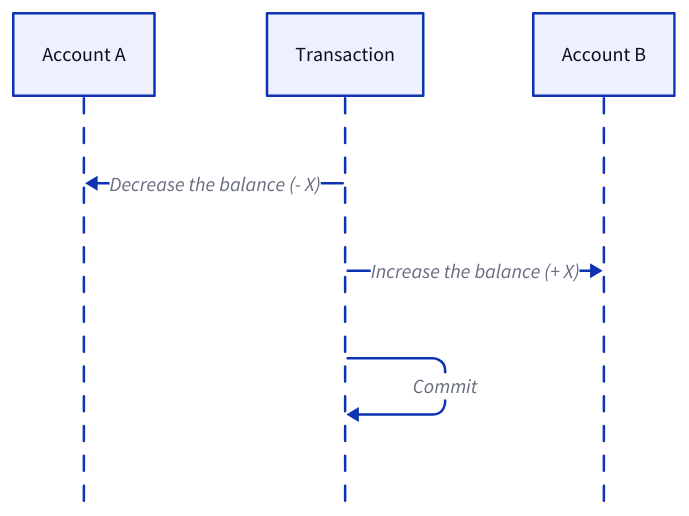
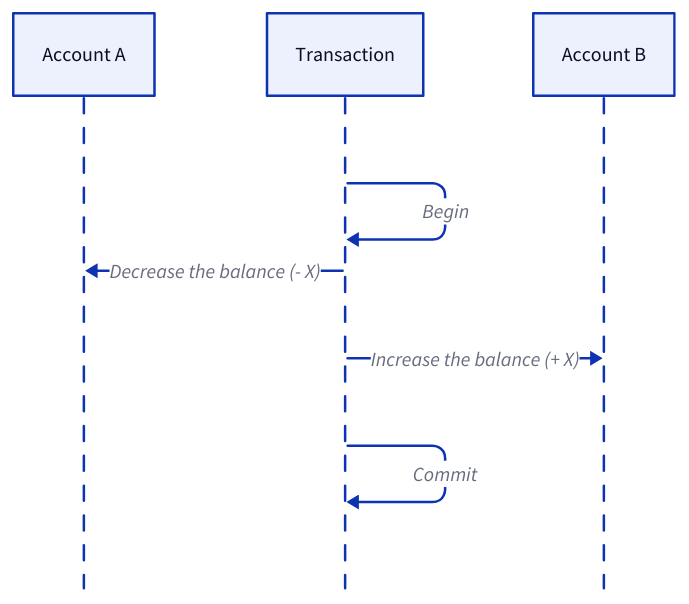
Before and after one commit to link1905/system-design-101: the second of 29 diagrams in content/docs/data-persistence/sql-database/concurrency-control.md, drawn with D2. The commit also changed other lines of this file and 49 other files, not shown here.

````diff
--- a/content/docs/data-persistence/sql-database/concurrency-control.md
+++ b/content/docs/data-persistence/sql-database/concurrency-control.md
@@ -93,11 +94,12 @@
 ```d2
 shape: sequence_diagram
 a: Account A
 t: Transaction
 b: Account B
+t -> t: Begin
 t -> a: Decrease the balance (- X)
 t -> b: Increase the balance (+ X)
 t -> t: Commit {
     style.bold
 }
 ```
````
